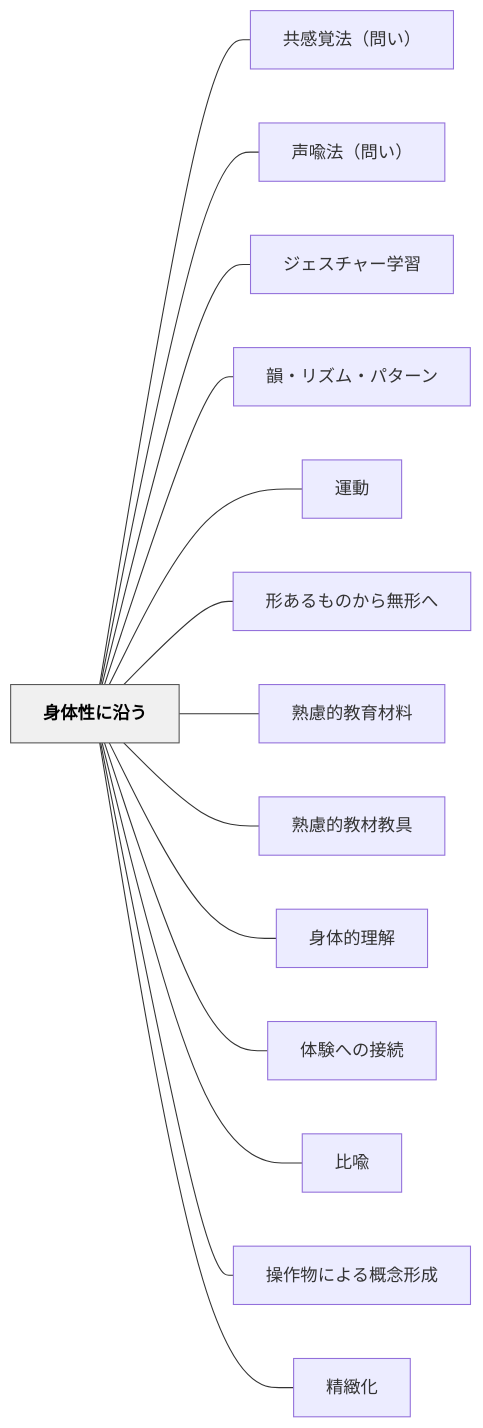
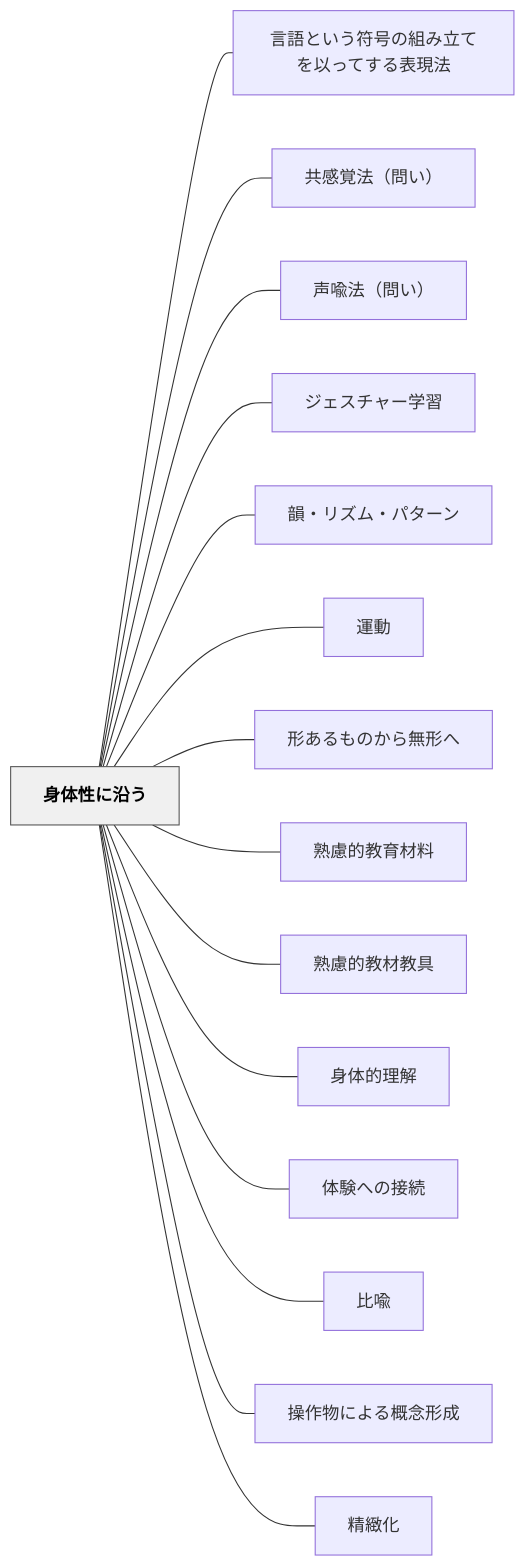
The diagram in content/パタン/身体性に沿う.md (unknownthings-ed-patterns/unknownthings-ed-patterns), drawn with Mermaid before and after one commit. The commit also changed other lines of this file and 36 other files, not shown here.

````diff
--- a/content/パタン/身体性に沿う.md
+++ b/content/パタン/身体性に沿う.md
@@ -78,34 +79,36 @@
 ```mermaid
 flowchart LR
     ne8baabe4bd93e680a7e381abe6b2bfe38186["身体性に沿う"]
+    ne8a880e8aa9ee381a8e38184e38186e7aca6e58fb7e381aee7b584e381bfe7ab8be381a6e38292e4bba5e381a3e381a6e38199e3828be8a1a8e78fbee6b395["言語という符号の組み立てを以ってする表現法"]
     ne585b1e6849fe8a69ae6b395efbc88e5958fe38184efbc89["共感覚法（問い）"]
     ne5a3b0e596a9e6b395efbc88e5958fe38184efbc89["声喩法（問い）"]
     ne382b8e382a7e382b9e38381e383a3e383bce5ada6e7bf92["ジェスチャー学習"]
     ne99fbbe383bbe383aae382bae383a0e383bbe38391e382bfe383bce383b3["韻・リズム・パターン"]
     ne9818be58b95["運動"]
     ne5bda2e38182e3828be38282e381aee3818be38289e784a1e5bda2e381b8["形あるものから無形へ"]
     ne7869fe685aee79a84e69599e882b2e69d90e69699["熟慮的教育材料"]
     ne7869fe685aee79a84e69599e69d90e69599e585b7["熟慮的教材教具"]
     ne8baabe4bd93e79a84e79086e8a7a3["身体的理解"]
     ne4bd93e9a893e381b8e381aee68ea5e7b69a["体験への接続"]
     ne6af94e596a9["比喩"]
     ne6938de4bd9ce789a9e381abe38288e3828be6a682e5bfb5e5bda2e68890["操作物による概念形成"]
     ne7b2bee7b7bbe58c96["精緻化"]
 
+    ne8baabe4bd93e680a7e381abe6b2bfe38186 --- ne8a880e8aa9ee381a8e38184e38186e7aca6e58fb7e381aee7b584e381bfe7ab8be381a6e38292e4bba5e381a3e381a6e38199e3828be8a1a8e78fbee6b395
     ne8baabe4bd93e680a7e381abe6b2bfe38186 --- ne585b1e6849fe8a69ae6b395efbc88e5958fe38184efbc89
     ne8baabe4bd93e680a7e381abe6b2bfe38186 --- ne5a3b0e596a9e6b395efbc88e5958fe38184efbc89
     ne8baabe4bd93e680a7e381abe6b2bfe38186 --- ne382b8e382a7e382b9e38381e383a3e383bce5ada6e7bf92
     ne8baabe4bd93e680a7e381abe6b2bfe38186 --- ne99fbbe383bbe383aae382bae383a0e383bbe38391e382bfe383bce383b3
     ne8baabe4bd93e680a7e381abe6b2bfe38186 --- ne9818be58b95
     ne8baabe4bd93e680a7e381abe6b2bfe38186 --- ne5bda2e38182e3828be38282e381aee3818be38289e784a1e5bda2e381b8
     ne8baabe4bd93e680a7e381abe6b2bfe38186 --- ne7869fe685aee79a84e69599e882b2e69d90e69699
     ne8baabe4bd93e680a7e381abe6b2bfe38186 --- ne7869fe685aee79a84e69599e69d90e69599e585b7
     ne8baabe4bd93e680a7e381abe6b2bfe38186 --- ne8baabe4bd93e79a84e79086e8a7a3
     ne8baabe4bd93e680a7e381abe6b2bfe38186 --- ne4bd93e9a893e381b8e381aee68ea5e7b69a
     ne8baabe4bd93e680a7e381abe6b2bfe38186 --- ne6af94e596a9
     ne8baabe4bd93e680a7e381abe6b2bfe38186 --- ne6938de4bd9ce789a9e381abe38288e3828be6a682e5bfb5e5bda2e68890
     ne8baabe4bd93e680a7e381abe6b2bfe38186 --- ne7b2bee7b7bbe58c96
 
     classDef hub fill:#f0f0f0,stroke:#555,color:#000,font-weight:bold
     class ne8baabe4bd93e680a7e381abe6b2bfe38186 hub
 ```
````
